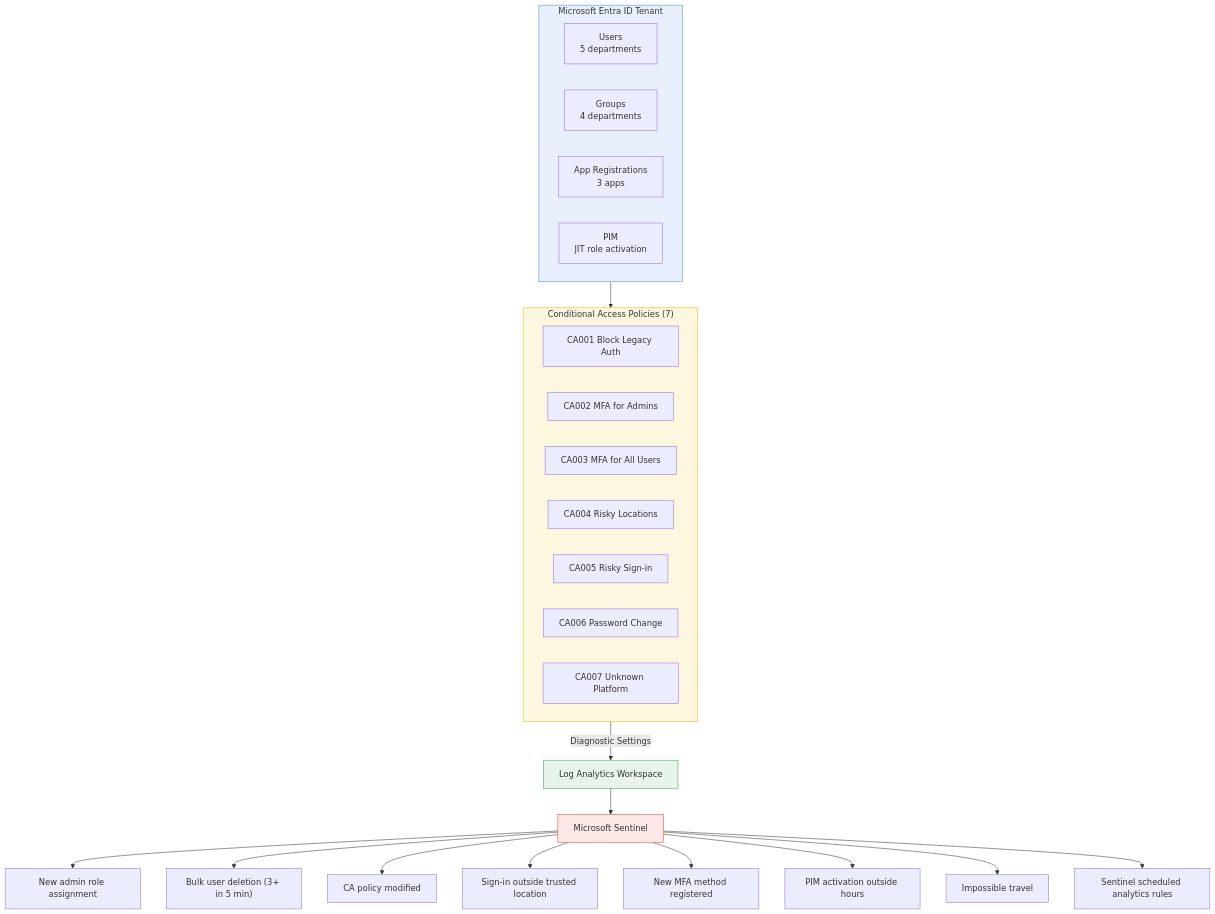
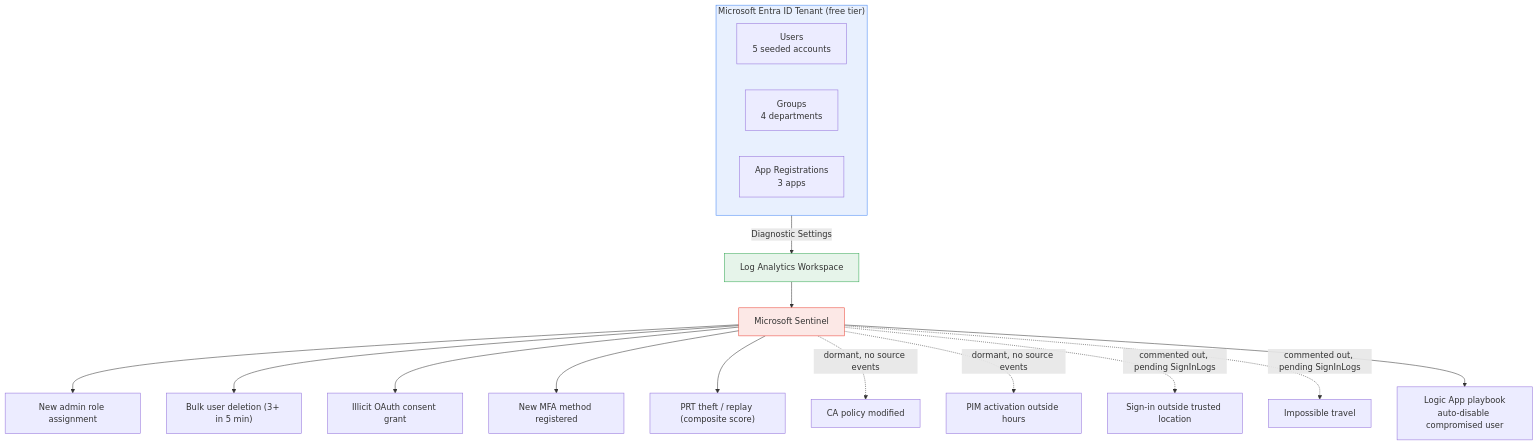
The first of 2 diagrams in README.md (levismwangi/iam_project), drawn with Mermaid before and after one commit. The commit also changed other lines of this file, not shown here.

````diff
--- a/README.md
+++ b/README.md
@@ -7,37 +13,27 @@
 ```mermaid
 flowchart TB
-    subgraph Tenant["Microsoft Entra ID Tenant"]
-        Users["Users\n5 departments"]
+    subgraph Tenant["Microsoft Entra ID Tenant (free tier)"]
+        Users["Users\n5 seeded accounts"]
         Groups["Groups\n4 departments"]
         Apps["App Registrations\n3 apps"]
-        PIM["PIM\nJIT role activation"]
     end
 
-    subgraph CA["Conditional Access Policies (7)"]
-        CA1["CA001 Block Legacy Auth"]
-        CA2["CA002 MFA for Admins"]
-        CA3["CA003 MFA for All Users"]
-        CA4["CA004 Risky Locations"]
-        CA5["CA005 Risky Sign-in"]
-        CA6["CA006 Password Change"]
-        CA7["CA007 Unknown Platform"]
-    end
-
-    Tenant --> CA
-    CA -->|Diagnostic Settings| LA["Log Analytics Workspace"]
+    Tenant -->|Diagnostic Settings| LA["Log Analytics Workspace"]
     LA --> Sentinel["Microsoft Sentinel"]
 
     Sentinel --> Alert1["New admin role assignment"]
     Sentinel --> Alert2["Bulk user deletion (3+ in 5 min)"]
-    Sentinel --> Alert3["CA policy modified"]
-    Sentinel --> Alert4["Sign-in outside trusted location"]
-    Sentinel --> Alert5["New MFA method registered"]
-    Sentinel --> Alert6["PIM activation outside hours"]
-    Sentinel --> Alert7["Impossible travel"]
-    Sentinel --> Alert8["Sentinel scheduled analytics rules"]
+    Sentinel --> Alert3["Illicit OAuth consent grant"]
+    Sentinel --> Alert4["New MFA method registered"]
+    Sentinel --> Alert5["PRT theft / replay (composite score)"]
+    Sentinel -.->|dormant, no source events| Alert6["CA policy modified"]
+    Sentinel -.->|dormant, no source events| Alert7["PIM activation outside hours"]
+    Sentinel -.->|commented out, pending SignInLogs| Alert8["Sign-in outside trusted location"]
+    Sentinel -.->|commented out, pending SignInLogs| Alert9["Impossible travel"]
+
+    Sentinel --> Playbook["Logic App playbook\nauto-disable compromised user"]
 
     style Tenant fill:#e8f0fe,stroke:#4285f4
-    style CA fill:#fef7e0,stroke:#f9ab00
     style LA fill:#e6f4ea,stroke:#34a853
     style Sentinel fill:#fce8e6,stroke:#ea4335
 ```
````
